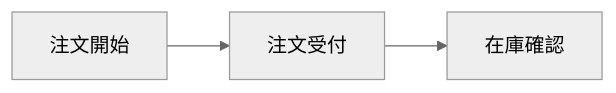
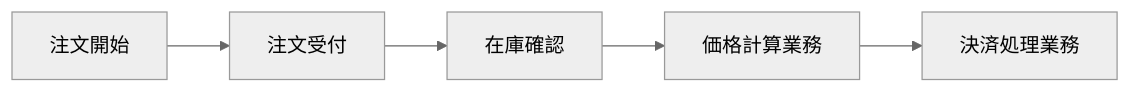
Before and after one commit to NabeKz/my_gleam_app: the diagram in order-app/docs/modeling.md, drawn with Mermaid (neutral theme). The commit also changed other lines of this file and 1 other file, not shown here.

Commit message:
Add diagram for business process flow in modeling documentation

````diff
--- a/order-app/docs/modeling.md
+++ b/order-app/docs/modeling.md
@@ -29,6 +26,8 @@
 ```mermaid
 graph LR
   注文開始
     --> 注文受付
     --> 在庫確認
+    --> 価格計算業務
+    --> 決済処理業務
 ```
````
